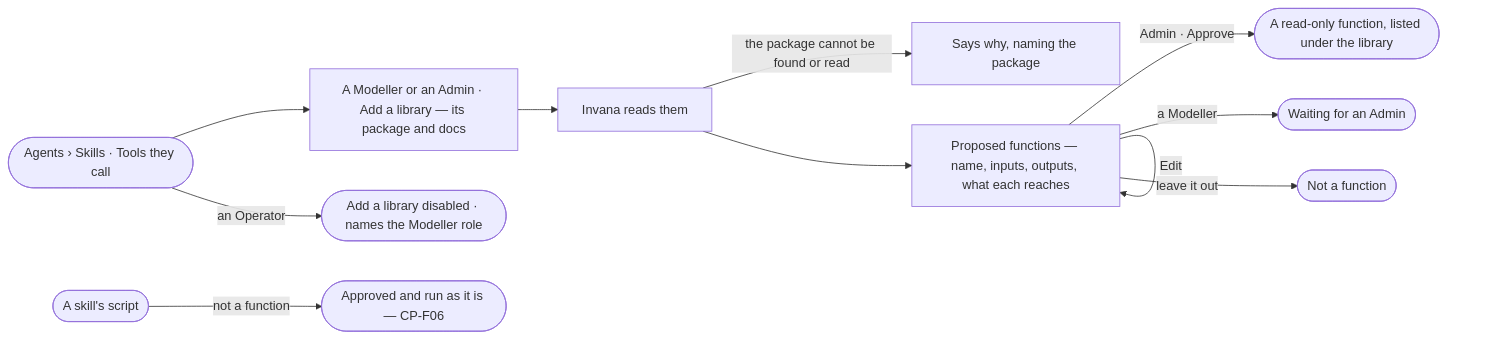
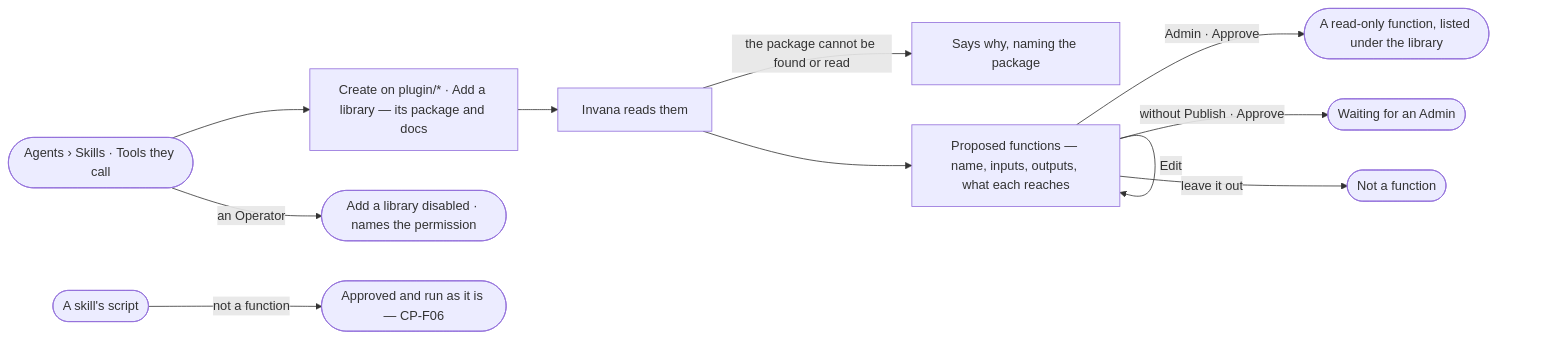
Before and after one commit to invana/invana: the diagram in specs/capabilities/agents/features/AG-F08-portable-agents-and-skills/stories/AG-40-turn-a-library-into-functions-an-admin-approves/story.md, drawn with Mermaid. The commit also changed other lines of this file and 228 other files, not shown here.

````diff
--- a/specs/capabilities/agents/features/AG-F08-portable-agents-and-skills/stories/AG-40-turn-a-library-into-functions-an-admin-approves/story.md
+++ b/specs/capabilities/agents/features/AG-F08-portable-agents-and-skills/stories/AG-40-turn-a-library-into-functions-an-admin-approves/story.md
@@ -30,13 +29,13 @@
 ```mermaid
 flowchart LR
-  a([Agents › Skills · Tools they call]) --> l["A Modeller or an Admin · Add a library — its package and docs"]
-  a -->|an Operator| na(["Add a library disabled · names the Modeller role"])
+  a([Agents › Skills · Tools they call]) --> l["Create on plugin/* · Add a library — its package and docs"]
+  a -->|an Operator| na(["Add a library disabled · names the permission"])
   l --> r["Invana reads them"]
   r -->|the package cannot be found or read| rx["Says why, naming the package"]
   r --> p["Proposed functions — name, inputs, outputs, what each reaches"]
   p -->|Edit| p
   p -->|Admin · Approve| f(["A read-only function, listed under the library"])
-  p -->|a Modeller| w(["Waiting for an Admin"])
+  p -->|without Publish · Approve| w(["Waiting for an Admin"])
   p -->|leave it out| o(["Not a function"])
   s([A skill's script]) -->|not a function| sc(["Approved and run as it is — CP-F06"])
 ```
````
